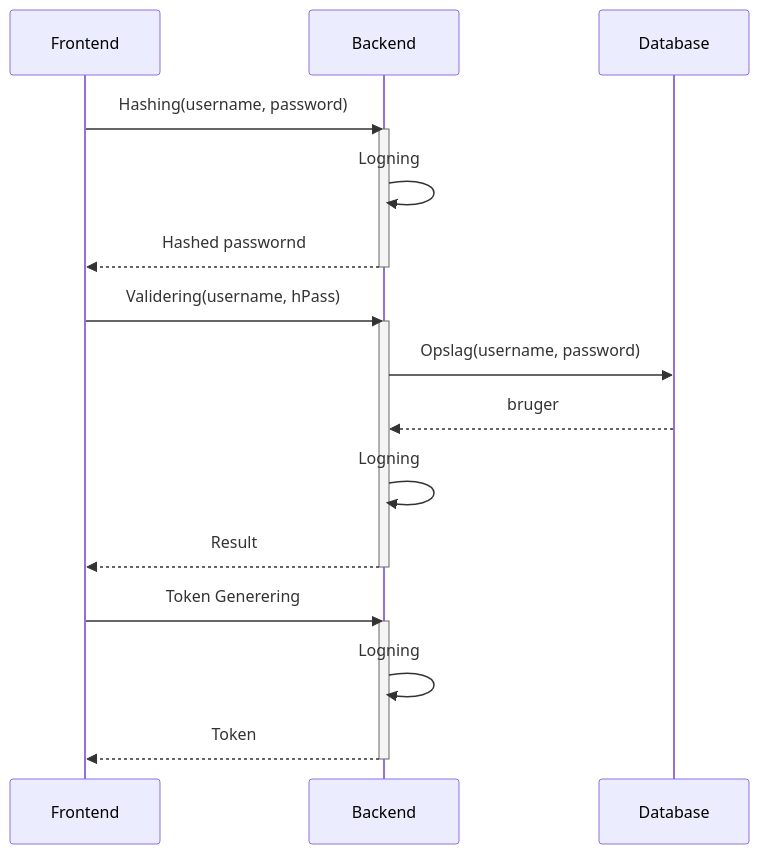
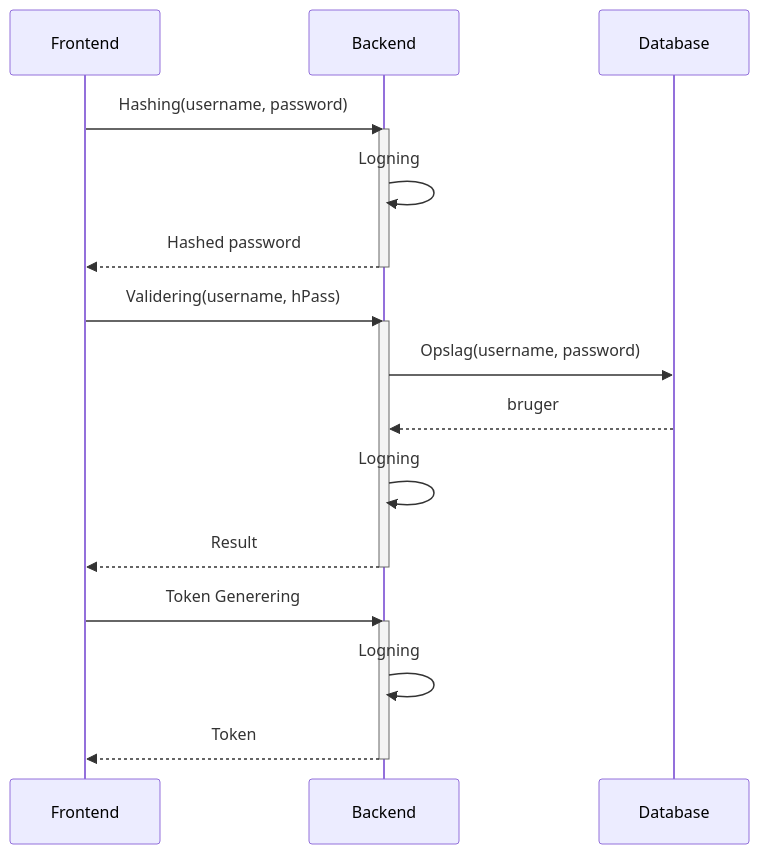
Before and after one commit to skqu/pbi25AppII: the diagram in Lektion 15/slidev/pages/3. need.md, drawn with Mermaid. The commit also changed 8 other files, not shown here.

````diff
--- a/Lektion 15/slidev/pages/3. need.md
+++ b/Lektion 15/slidev/pages/3. need.md
@@ -9,20 +9,20 @@
-```mermaid
+```mermaid{scale:0.5}
 sequenceDiagram
     Frontend ->> Backend : Hashing(username, password)
     activate Backend
     Backend ->> Backend : Logning
-    Backend -->> Frontend : Hashed passwornd
+    Backend -->> Frontend : Hashed password
     deactivate Backend
     Frontend ->> Backend : Validering(username, hPass)
     activate Backend
     Backend ->> Database : Opslag(username, password)
     Database -->> Backend : bruger
     Backend ->> Backend : Logning
     Backend -->> Frontend : Result
     deactivate Backend
     Frontend ->> Backend : Token Generering
     activate Backend
     Backend ->> Backend : Logning
     Backend -->> Frontend : Token
     deactivate Backend
 ```
````
